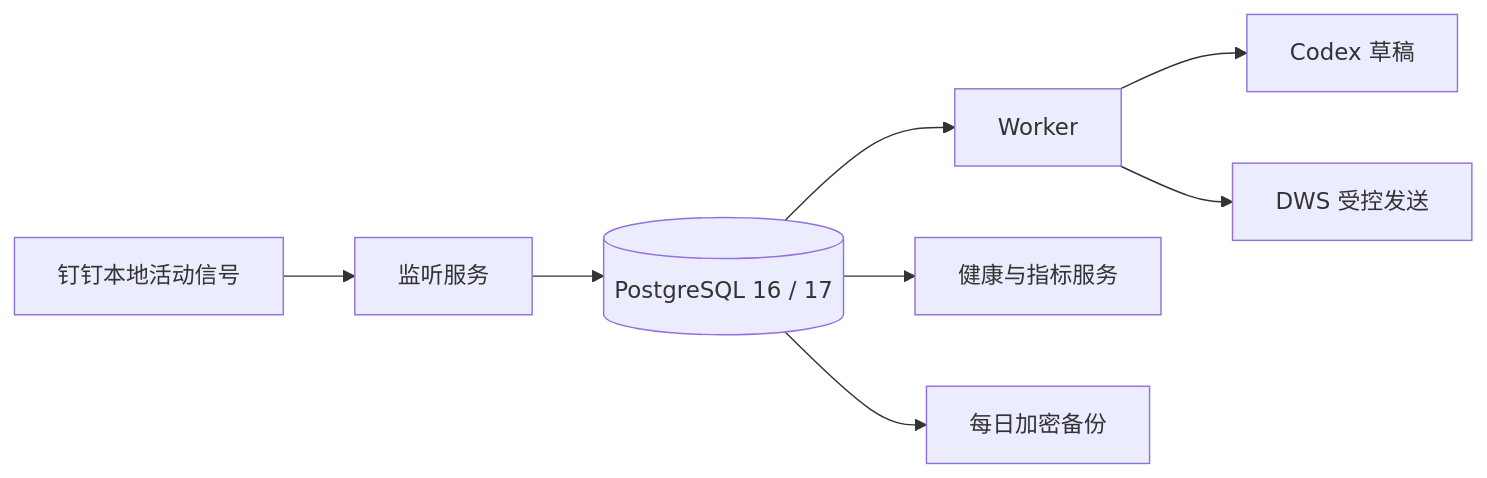
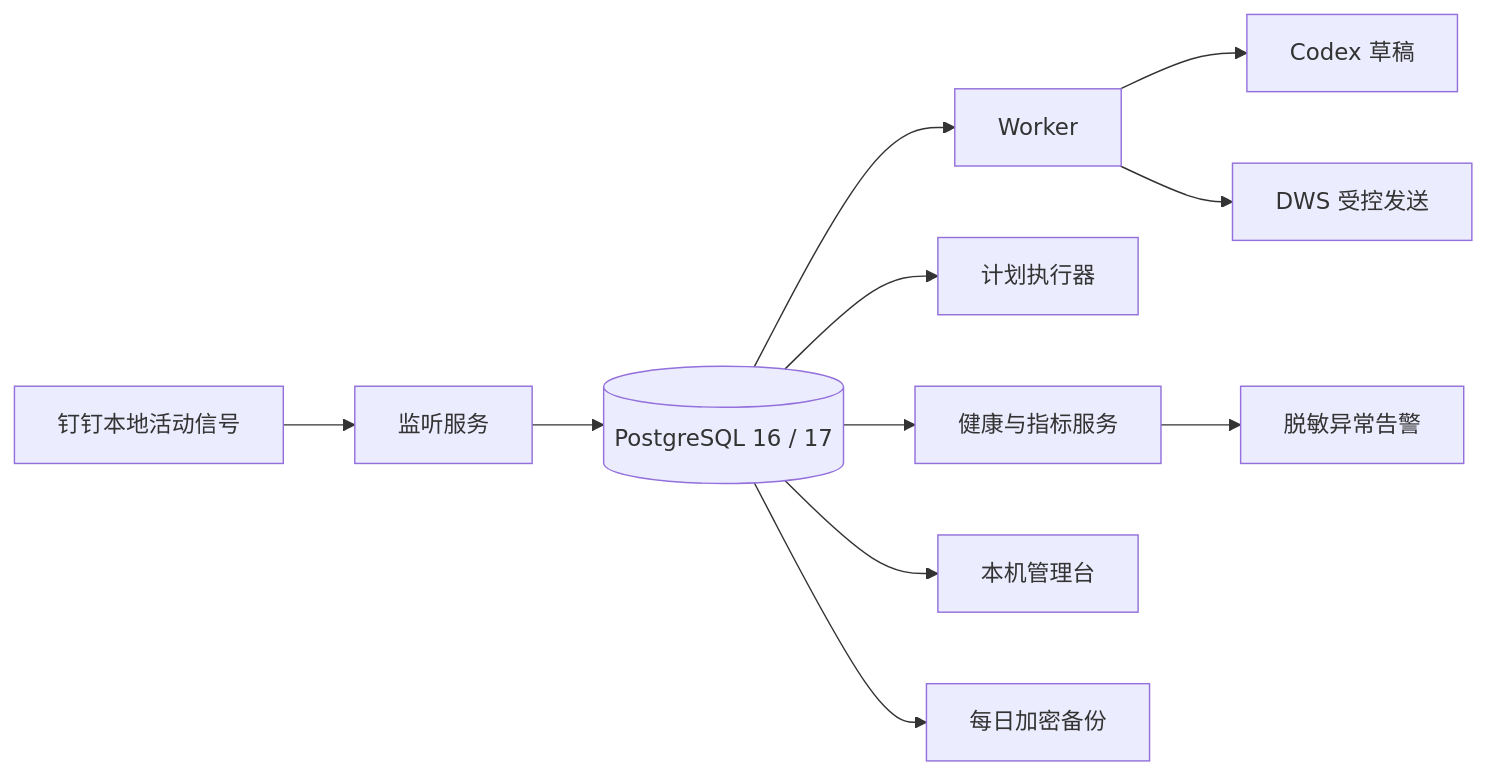
One commit to ruiwang20010702/ai-employee changed the first of 2 diagrams in docs/生产运维手册.md. Above: the diagram before and after it, drawn with Mermaid. The commit also changed other lines of this file and 134 other files, not shown here.

````diff
--- a/docs/生产运维手册.md
+++ b/docs/生产运维手册.md
@@ -5,10 +5,13 @@
 ```mermaid
 flowchart LR
     A["钉钉本地活动信号"] --> B["监听服务"]
     B --> C[("PostgreSQL 16 / 17")]
     C --> D["Worker"]
+    C --> K["计划执行器"]
     D --> E["Codex 草稿"]
     D --> F["DWS 受控发送"]
     C --> G["健康与指标服务"]
+    C --> I["本机管理台"]
+    G --> J["脱敏异常告警"]
     C --> H["每日加密备份"]
 ```
````
